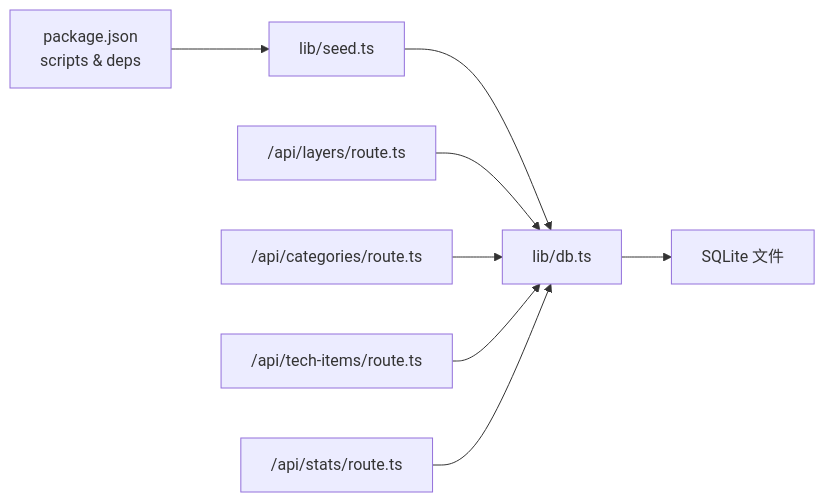
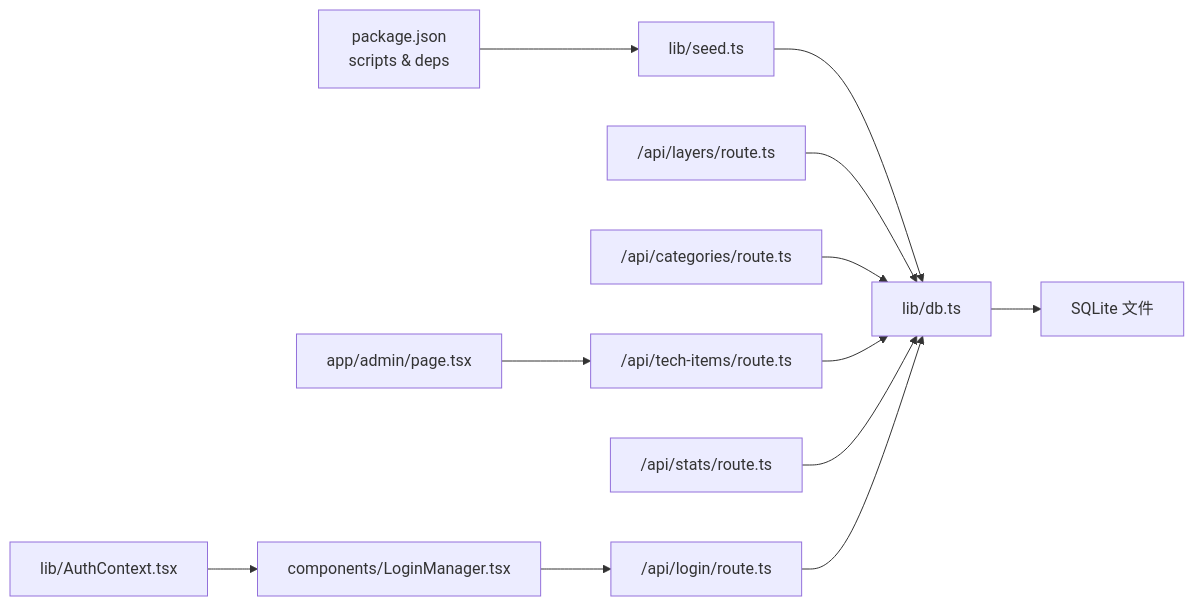
One commit to tutusiji/lantu-next changed the fifth of 5 diagrams in .qoder/repowiki/zh/content/数据库设计/数据库设计.md. Above: the diagram before and after it, drawn with Mermaid. The commit also changed other lines of this file and 22 other files, not shown here.

````diff
--- a/.qoder/repowiki/zh/content/数据库设计/数据库设计.md
+++ b/.qoder/repowiki/zh/content/数据库设计/数据库设计.md
@@ -318,10 +390,14 @@
 ```mermaid
 graph LR
 Pkg["package.json<br/>scripts & deps"] --> Seed["lib/seed.ts"]
 Seed --> DB["lib/db.ts"]
 API_L["/api/layers/route.ts"] --> DB
 API_C["/api/categories/route.ts"] --> DB
 API_T["/api/tech-items/route.ts"] --> DB
 API_S["/api/stats/route.ts"] --> DB
+API_LOGIN["/api/login/route.ts"] --> DB
+AUTH_CTX["lib/AuthContext.tsx"] --> LOGIN_COMP["components/LoginManager.tsx"]
+LOGIN_COMP --> API_LOGIN
+ADMIN_PAGE["app/admin/page.tsx"] --> API_T
 DB --> SQLite["SQLite 文件"]
 ```
````
